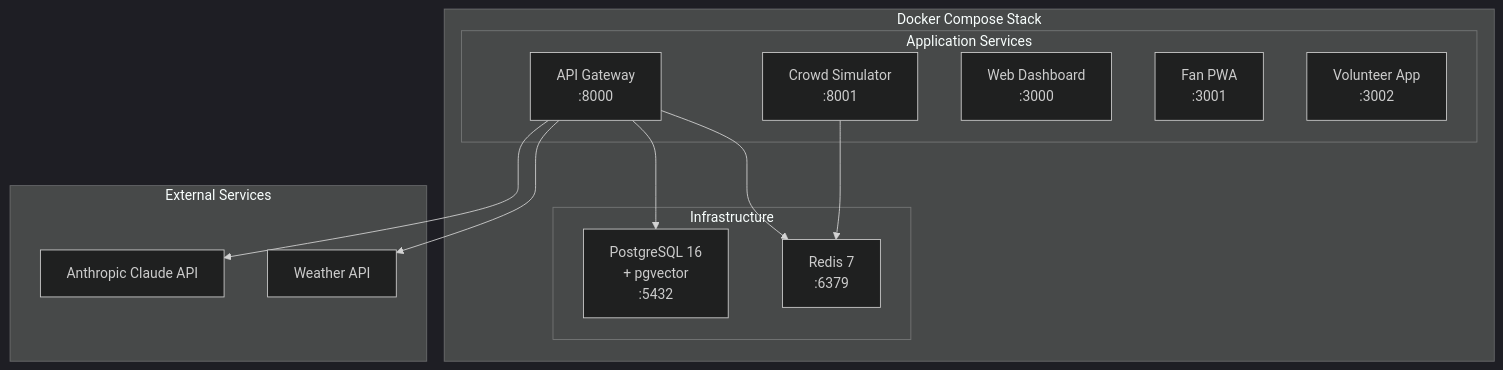
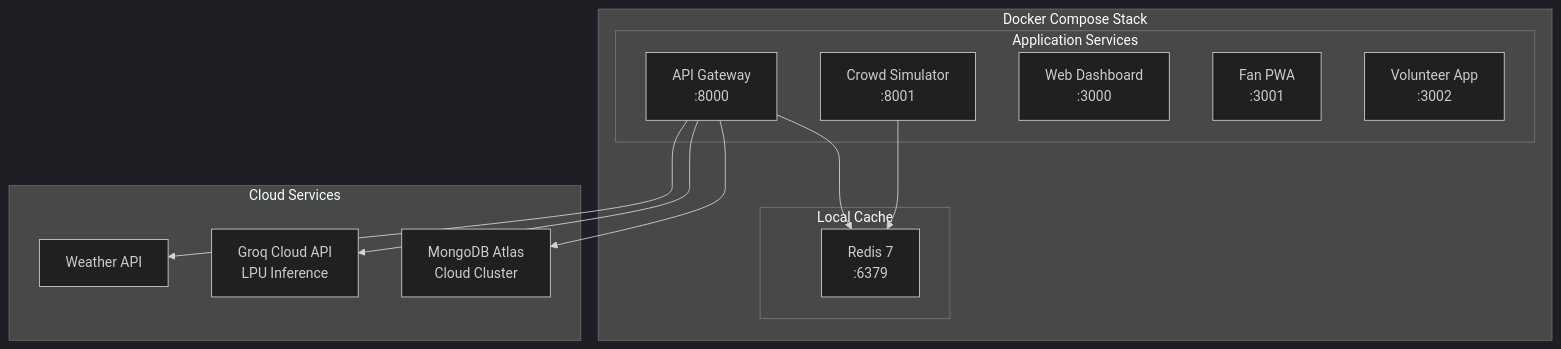
One commit to 9059Rohith/ADR changed the sixth of 6 diagrams in ARCHITECTURE.md. Above: the diagram before and after it, drawn with Mermaid (dark theme). The commit also changed other lines of this file and 25 other files, not shown here.

Commit message:
feat: migrate AI provider to Groq LPU and database to MongoDB Atlas

````diff
--- a/ARCHITECTURE.md
+++ b/ARCHITECTURE.md
@@ -203,29 +203,29 @@
 ```mermaid
 flowchart TB
     subgraph Docker ["Docker Compose Stack"]
         subgraph Services ["Application Services"]
-            GW["API Gateway<br/>:8000"]
-            Sim["Crowd Simulator<br/>:8001"]
-            Dash["Web Dashboard<br/>:3000"]
-            PWA["Fan PWA<br/>:3001"]
-            Vol["Volunteer App<br/>:3002"]
-        end
-
-        subgraph Infra ["Infrastructure"]
-            PG["PostgreSQL 16<br/>+ pgvector<br/>:5432"]
-            RD["Redis 7<br/>:6379"]
-        end
+        GW["API Gateway<br/>:8000"]
+        Sim["Crowd Simulator<br/>:8001"]
+        Dash["Web Dashboard<br/>:3000"]
+        PWA["Fan PWA<br/>:3001"]
+        Vol["Volunteer App<br/>:3002"]
     end
 
-    GW --> PG
+        subgraph Infra ["Local Cache"]
+        RD["Redis 7<br/>:6379"]
+    end
+    end
+
     GW --> RD
     Sim --> RD
 
-    subgraph External ["External Services"]
-        Claude["Anthropic Claude API"]
+    subgraph External ["Cloud Services"]
+        Mongo["MongoDB Atlas<br/>Cloud Cluster"]
+        Groq["Groq Cloud API<br/>LPU Inference"]
         Weather["Weather API"]
     end
 
-    GW --> Claude
+    GW --> Mongo
+    GW --> Groq
     GW --> Weather
 ```
````
